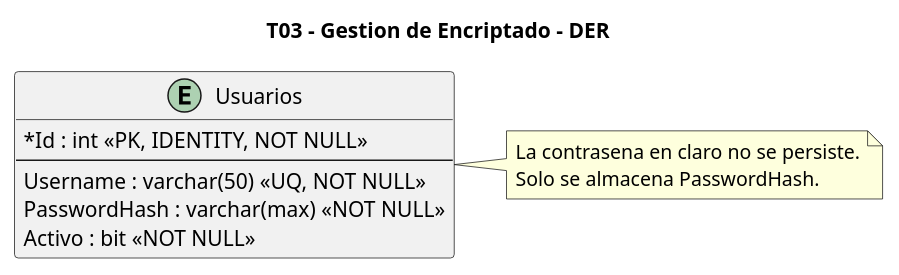
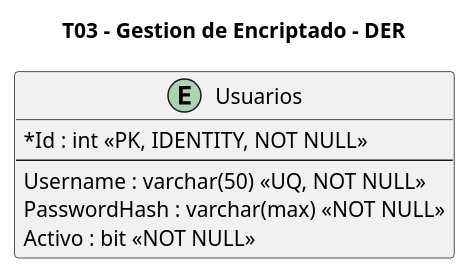
The diagram in diagramas/T03-encriptado/T03-encriptado-datos.puml (aggutierrez98/TP-TD), drawn with PlantUML before and after one commit. The commit also changed 7 other files, not shown here.

Commit message:
Eliminar comentarios de diagramas

```diff
--- a/diagramas/T03-encriptado/T03-encriptado-datos.puml
+++ b/diagramas/T03-encriptado/T03-encriptado-datos.puml
@@ -1,21 +1,16 @@
 @startuml
 title T03 - Gestion de Encriptado - DER
 
 hide methods
 hide stereotypes
 skinparam classAttributeIconSize 0
 
 entity "Usuarios" as Usuarios {
   *Id : int <<PK, IDENTITY, NOT NULL>>
   --
   Username : varchar(50) <<UQ, NOT NULL>>
   PasswordHash : varchar(max) <<NOT NULL>>
   Activo : bit <<NOT NULL>>
 }
 
-note right of Usuarios
-  La contrasena en claro no se persiste.
-  Solo se almacena PasswordHash.
-end note
-
 @enduml
```
